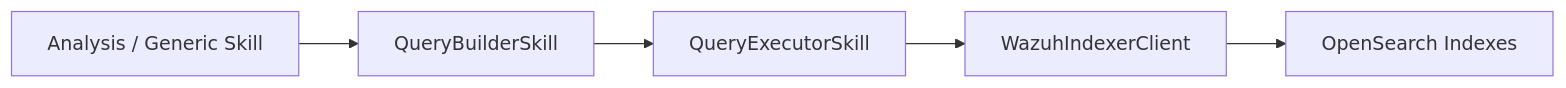
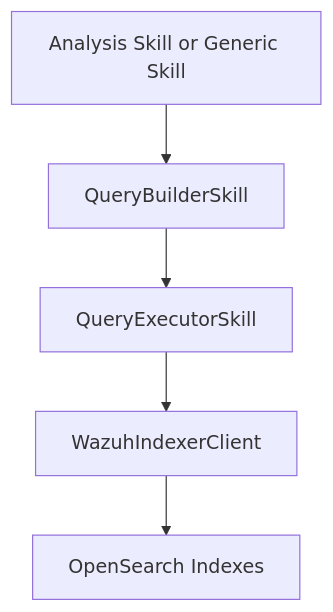
One commit to beatbutfree/Ulisses changed the diagram in docs_thesis/chapter4/README.md. Above: the diagram before and after it, drawn with Mermaid. The commit also changed other lines of this file and 1 other file, not shown here.

````diff
--- a/docs_thesis/chapter4/README.md
+++ b/docs_thesis/chapter4/README.md
@@ -187,7 +204,7 @@
 ```mermaid
-flowchart LR
-    A[Analysis / Generic Skill] --> B[QueryBuilderSkill]
-    B --> C[QueryExecutorSkill]
-    C --> D[WazuhIndexerClient]
-    D --> E[OpenSearch Indexes]
+flowchart TD
+    analysis["Analysis Skill or Generic Skill"] --> builder["QueryBuilderSkill"]
+    builder --> executor["QueryExecutorSkill"]
+    executor --> client["WazuhIndexerClient"]
+    client --> indexes["OpenSearch Indexes"]
 ```
````
